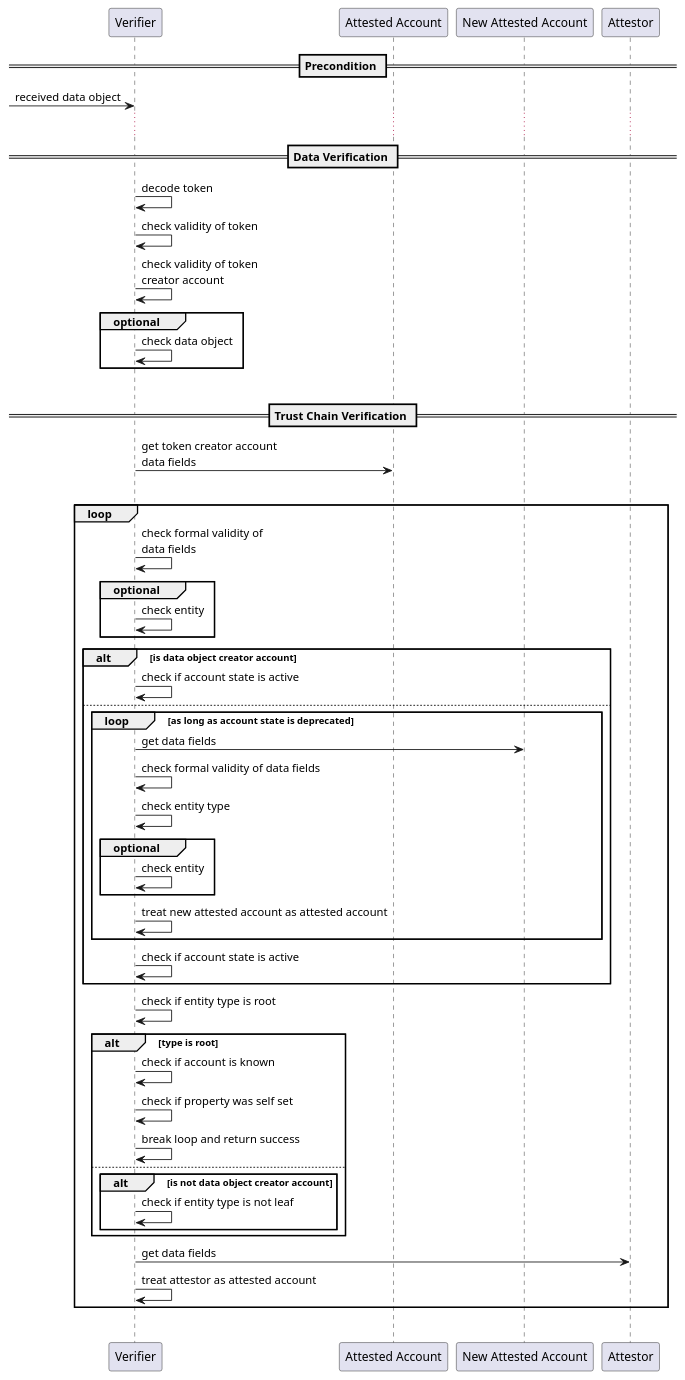
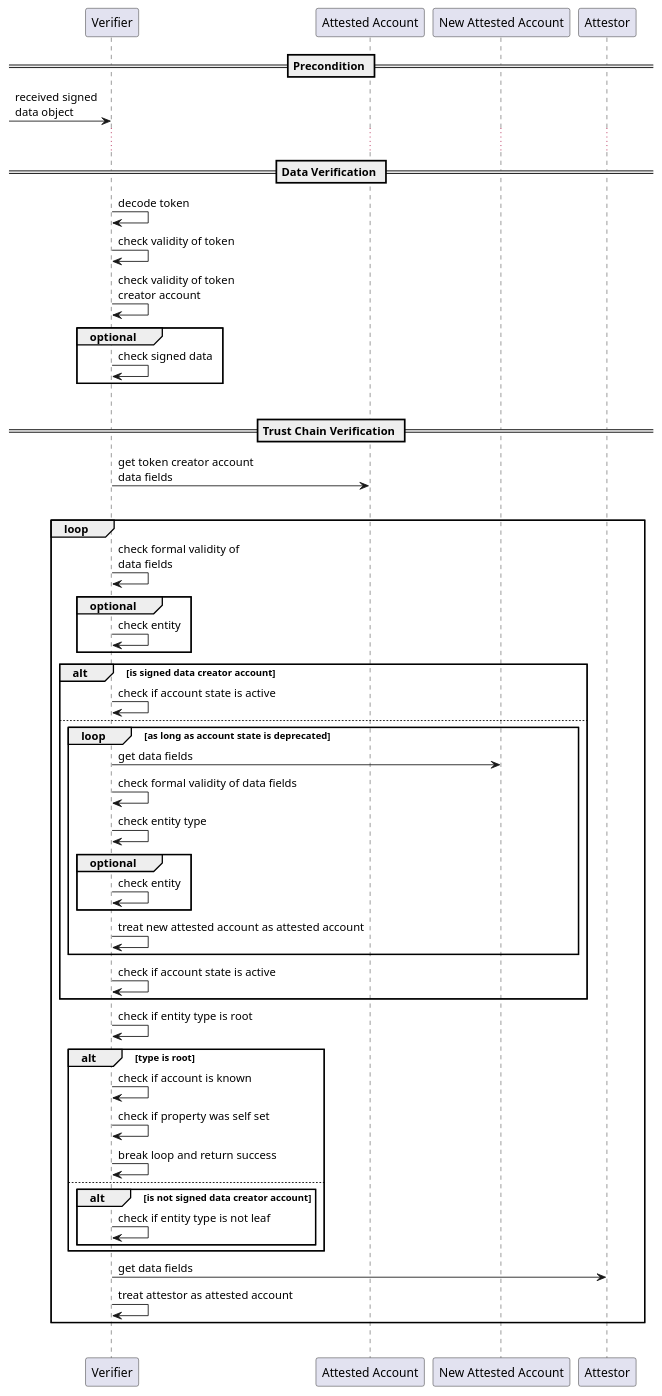
One commit to masterbtc/documentation-1 changed the diagram in docs/plantUml/src/attestation-protocol/protocol-verification-workflow.puml. Above: the diagram before and after it, drawn with PlantUML. The commit also changed 4 other files, not shown here.

```diff
--- a/docs/plantUml/src/attestation-protocol/protocol-verification-workflow.puml
+++ b/docs/plantUml/src/attestation-protocol/protocol-verification-workflow.puml
@@ -18,72 +18,72 @@
 @startuml
 
 
 participant "Verifier" as VERI
 participant "Attested Account" as ATTD
 participant "New Attested Account" as NATTD
 participant "Attestor" as ATTE
 
 
 == Precondition ==
 
--> VERI: received data object
+-> VERI: received signed\ndata object
 
 
 ...
 == Data Verification ==
 
 VERI -> VERI: decode token
 VERI -> VERI: check validity of token
 VERI -> VERI: check validity of token\ncreator account
 
 group optional
-    VERI -> VERI: check data object
+    VERI -> VERI: check signed data
 end
 |||
 
 
 == Trust Chain Verification ==
 
 VERI -> ATTD: get token creator account\ndata fields
 |||
 
 loop
     VERI -> VERI: check formal validity of\ndata fields
 
     group optional
         VERI -> VERI: check entity
     end
 
-    alt is data object creator account 
+    alt is signed data creator account 
         VERI -> VERI: check if account state is active
     else
         loop as long as account state is deprecated
             VERI -> NATTD: get data fields
             VERI -> VERI: check formal validity of data fields
             VERI -> VERI: check entity type
             
             group optional
                 VERI -> VERI: check entity
             end
             
             VERI -> VERI: treat new attested account as attested account
         end
         VERI -> VERI: check if account state is active
     end
 
     VERI -> VERI: check if entity type is root
     alt type is root
         VERI -> VERI: check if account is known
         VERI -> VERI: check if property was self set
         VERI -> VERI: break loop and return success
     else
-        alt is not data object creator account
+        alt is not signed data creator account
             VERI -> VERI: check if entity type is not leaf
         end
     end
     VERI -> ATTE: get data fields
     VERI -> VERI: treat attestor as attested account
 end
 |||
 
 @enduml
```
